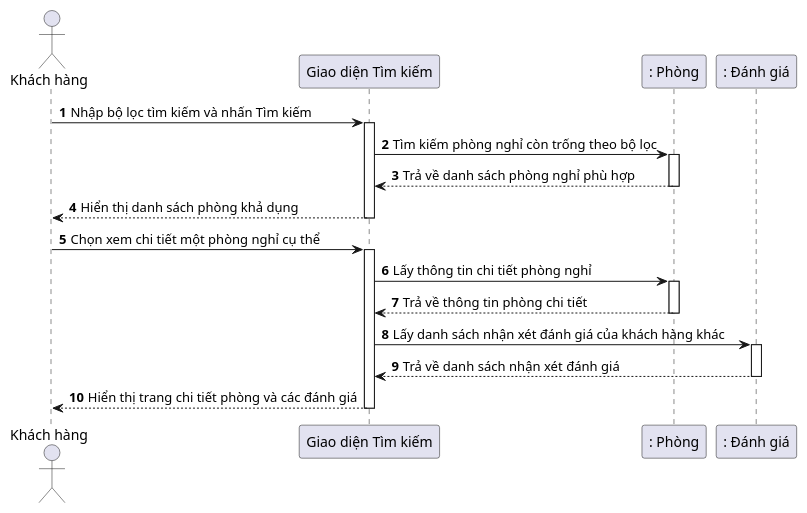
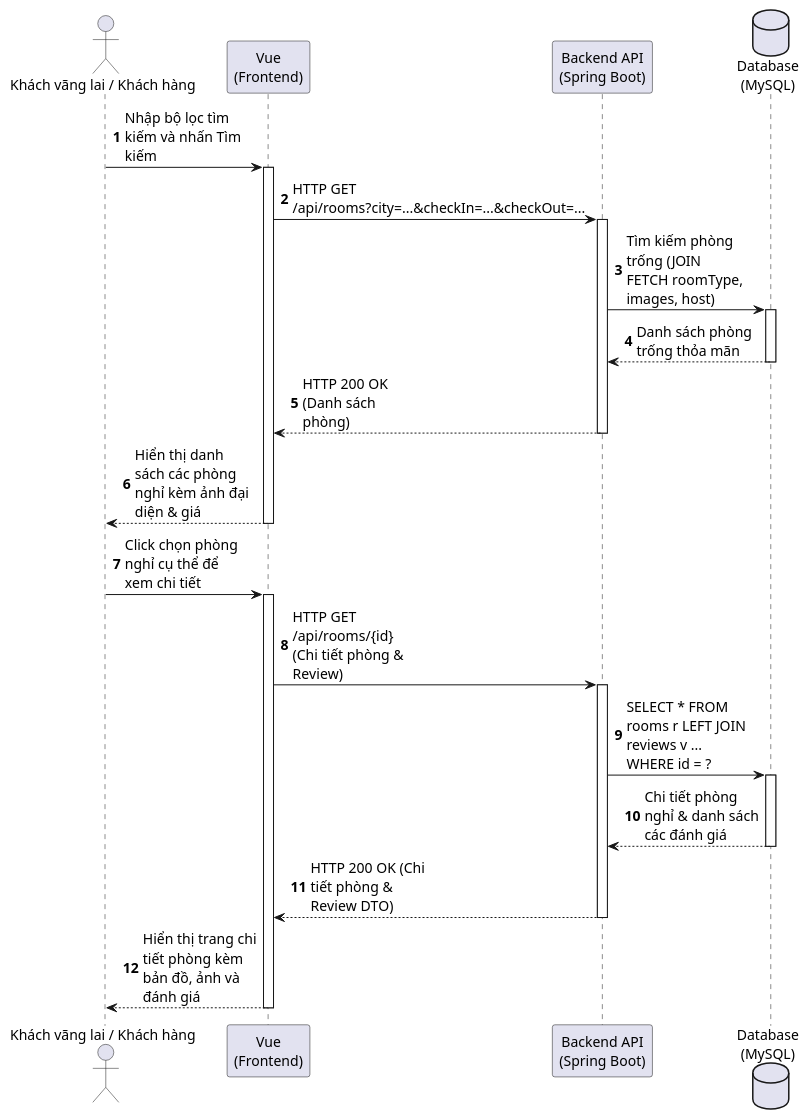
One commit to kienpham23/BuddingHotelStay-frontend changed diagram 14 of 28 in huong_dan_ve_bieu_do.md. Above: the diagram before and after it, drawn with PlantUML. The commit also changed other lines of this file and 16 other files, not shown here.

Commit message:
Cập nhập sửa giao diện

````diff
--- a/huong_dan_ve_bieu_do.md
+++ b/huong_dan_ve_bieu_do.md
@@ -444,36 +482,40 @@
 ```plantuml
 @startuml
 autonumber
-actor "Khách hàng" as Customer
-participant "Giao diện Tìm kiếm" as GUI
-participant ": Phòng" as Room
-participant ": Đánh giá" as Review
+skinparam DefaultFontSize 14
+skinparam MaxMessageSize 120
+skinparam ParticipantPadding 10
+skinparam BoxPadding 10
 
-Customer -> GUI : Nhập bộ lọc tìm kiếm và nhấn Tìm kiếm
-activate GUI
+actor "Khách vãng lai / Khách hàng" as Customer
+participant "Vue\n(Frontend)" as Vue
+participant "Backend API\n(Spring Boot)" as API
+database "Database\n(MySQL)" as DB
 
-GUI -> Room : Tìm kiếm phòng nghỉ còn trống theo bộ lọc
-activate Room
-Room --> GUI : Trả về danh sách phòng nghỉ phù hợp
-deactivate Room
+Customer -> Vue : Nhập bộ lọc tìm kiếm và nhấn Tìm kiếm
+activate Vue
+Vue -> API : HTTP GET /api/rooms?city=...&checkIn=...&checkOut=...
+activate API
+API -> DB : Tìm kiếm phòng trống (JOIN FETCH roomType, images, host)
+activate DB
+DB --> API : Danh sách phòng trống thỏa mãn
+deactivate DB
+API --> Vue : HTTP 200 OK (Danh sách phòng)
+deactivate API
+Vue --> Customer : Hiển thị danh sách các phòng nghỉ kèm ảnh đại diện & giá
+deactivate Vue
 
-GUI --> Customer : Hiển thị danh sách phòng khả dụng
-deactivate GUI
-
-Customer -> GUI : Chọn xem chi tiết một phòng nghỉ cụ thể
-activate GUI
-
-GUI -> Room : Lấy thông tin chi tiết phòng nghỉ
-activate Room
-Room --> GUI : Trả về thông tin phòng chi tiết
-deactivate Room
-
-GUI -> Review : Lấy danh sách nhận xét đánh giá của khách hàng khác
-activate Review
-Review --> GUI : Trả về danh sách nhận xét đánh giá
-deactivate Review
-
-GUI --> Customer : Hiển thị trang chi tiết phòng và các đánh giá
-deactivate GUI
+Customer -> Vue : Click chọn phòng nghỉ cụ thể để xem chi tiết
+activate Vue
+Vue -> API : HTTP GET /api/rooms/{id} (Chi tiết phòng & Review)
+activate API
+API -> DB : SELECT * FROM rooms r LEFT JOIN reviews v ... WHERE id = ?
+activate DB
+DB --> API : Chi tiết phòng nghỉ & danh sách các đánh giá
+deactivate DB
+API --> Vue : HTTP 200 OK (Chi tiết phòng & Review DTO)
+deactivate API
+Vue --> Customer : Hiển thị trang chi tiết phòng kèm bản đồ, ảnh và đánh giá
+deactivate Vue
 @enduml
 ```
````
